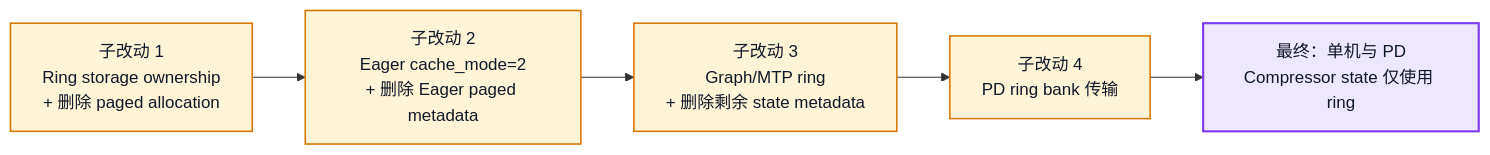
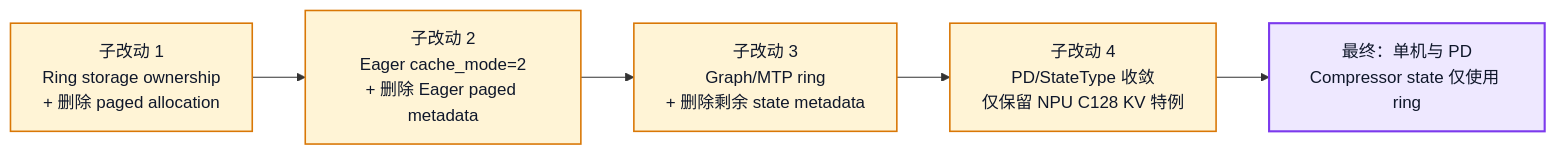
Before and after one commit to Talantan1102/sglang: the ninth of 19 diagrams in python/sglang/srt/hardware_backend/npu/dsv4/NPU_DSV4_CACHE_REFACTOR.md, drawn with Mermaid. The commit also changed other lines of this file and 19 other files, not shown here.

Commit message:
refactor(npu): switch DSV4 compressor state to ring storage

````diff
--- a/python/sglang/srt/hardware_backend/npu/dsv4/NPU_DSV4_CACHE_REFACTOR.md
+++ b/python/sglang/srt/hardware_backend/npu/dsv4/NPU_DSV4_CACHE_REFACTOR.md
@@ -430,13 +440,13 @@
 ```mermaid
 flowchart LR
     P1["子改动 1<br/>Ring storage ownership<br/>+ 删除 paged allocation"]:::changed
     P2["子改动 2<br/>Eager cache_mode=2<br/>+ 删除 Eager paged metadata"]:::changed
     P3["子改动 3<br/>Graph/MTP ring<br/>+ 删除剩余 state metadata"]:::changed
-    P4["子改动 4<br/>PD ring bank 传输"]:::changed
+    P4["子改动 4<br/>PD/StateType 收敛<br/>仅保留 NPU C128 KV 特例"]:::changed
     Final["最终：单机与 PD<br/>Compressor state 仅使用 ring"]:::result
 
     P1 --> P2 --> P3 --> P4 --> Final
 
     classDef changed fill:#FFF4D6,stroke:#D97706,color:#0F172A,stroke-width:1.5px;
     classDef result fill:#EEE8FF,stroke:#7C3AED,color:#0F172A,stroke-width:2px;
 ```
````
